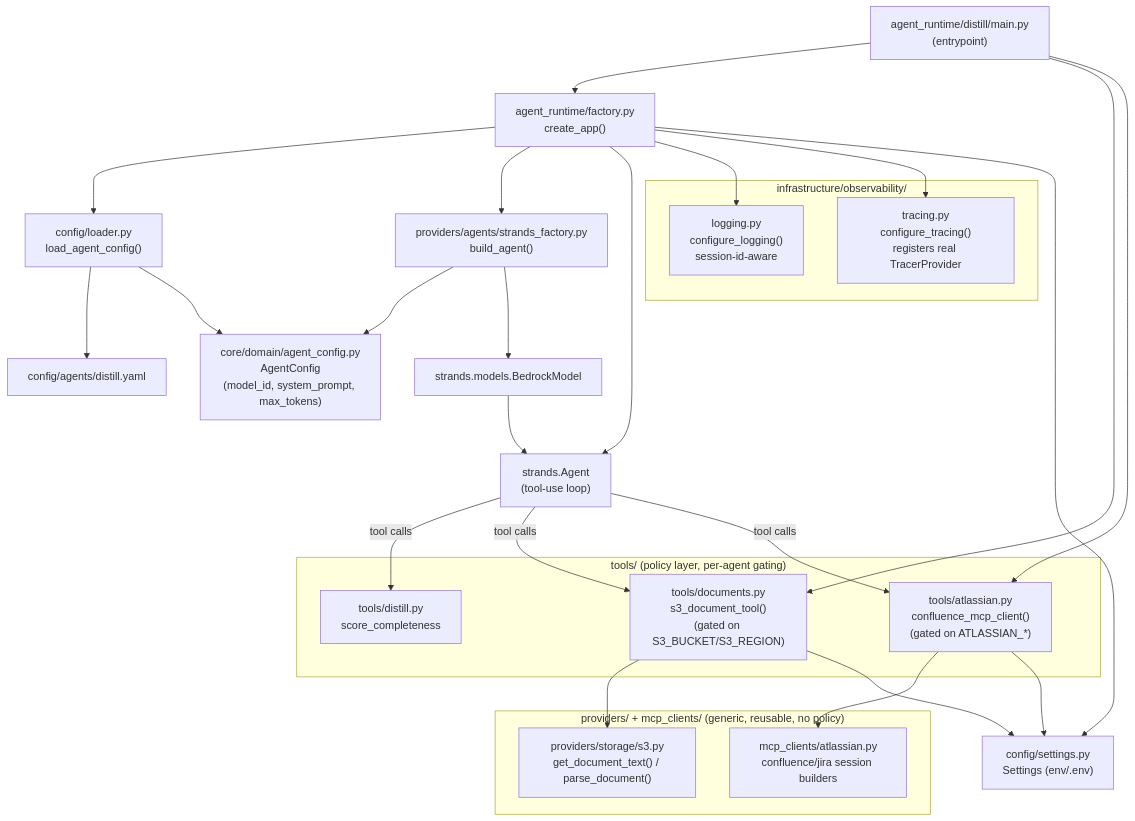
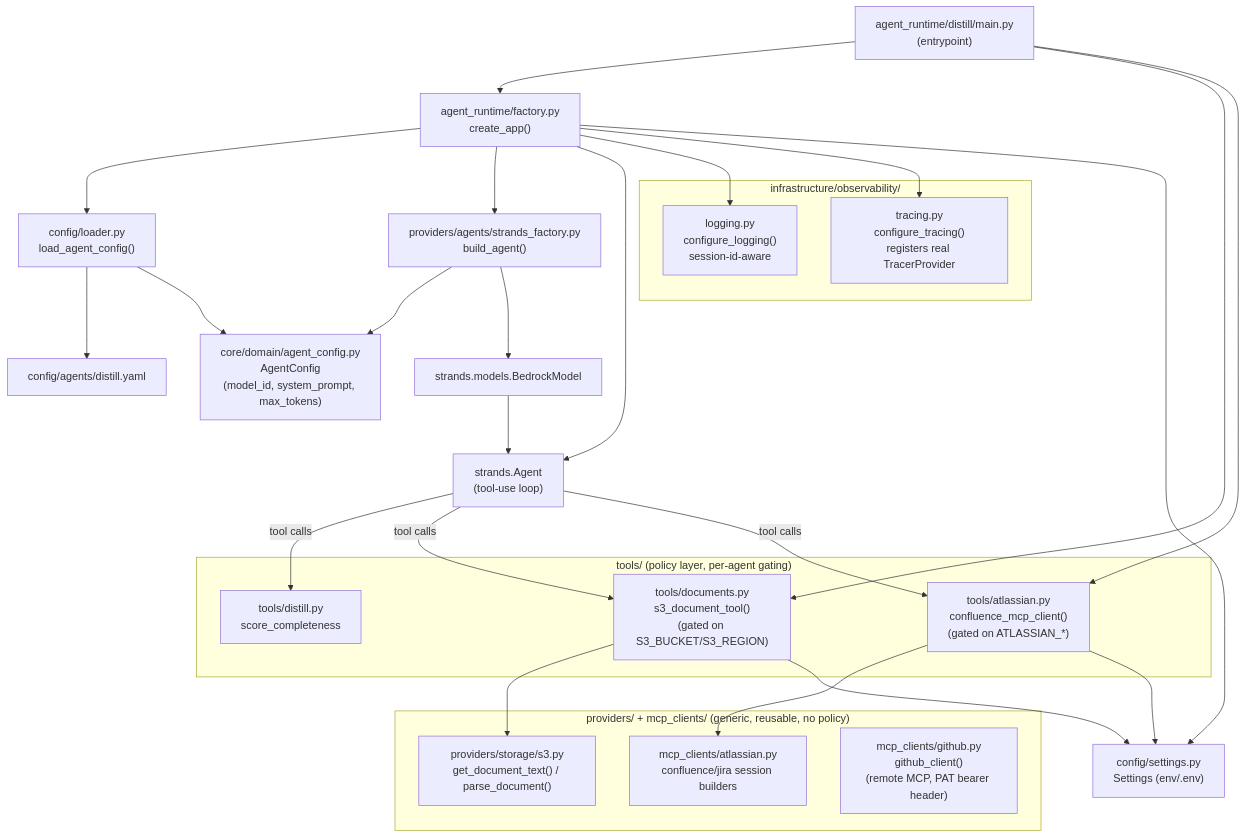
The third of 3 diagrams in docs/architecture.md (eitanflor/ua-hyperdelivery), drawn with Mermaid before and after one commit. The commit also changed other lines of this file and 23 other files, not shown here.

First line of the commit message:
github mcp and copilot handoff  (#10)

````diff
--- a/docs/architecture.md
+++ b/docs/architecture.md
@@ -126,50 +129,51 @@
 ```mermaid
 flowchart TD
     main["agent_runtime/distill/main.py\n(entrypoint)"]
     factory["agent_runtime/factory.py\ncreate_app()"]
     loader["config/loader.py\nload_agent_config()"]
     yaml["config/agents/distill.yaml"]
     agentconfig["core/domain/agent_config.py\nAgentConfig\n(model_id, system_prompt, max_tokens)"]
     strandsfactory["providers/agents/strands_factory.py\nbuild_agent()"]
     bedrockmodel["strands.models.BedrockModel"]
     agent["strands.Agent\n(tool-use loop)"]
     settings["config/settings.py\nSettings (env/.env)"]
 
     subgraph tools["tools/ (policy layer, per-agent gating)"]
         scorecheck["tools/distill.py\nscore_completeness"]
         docs["tools/documents.py\ns3_document_tool()\n(gated on S3_BUCKET/S3_REGION)"]
         atl["tools/atlassian.py\nconfluence_mcp_client()\n(gated on ATLASSIAN_*)"]
     end
 
     subgraph providers["providers/ + mcp_clients/ (generic, reusable, no policy)"]
         s3provider["providers/storage/s3.py\nget_document_text() / parse_document()"]
         mcpclient["mcp_clients/atlassian.py\nconfluence/jira session builders"]
+        githubclient["mcp_clients/github.py\ngithub_client()\n(remote MCP, PAT bearer header)"]
     end
 
     subgraph obs["infrastructure/observability/"]
         logging["logging.py\nconfigure_logging()\nsession-id-aware"]
         tracing["tracing.py\nconfigure_tracing()\nregisters real TracerProvider"]
     end
 
     main --> factory
     factory --> loader --> yaml
     loader --> agentconfig
     factory --> strandsfactory
     strandsfactory --> agentconfig
     strandsfactory --> bedrockmodel --> agent
     factory --> agent
     factory --> logging
     factory --> tracing
 
     main --> docs
     main --> atl
     docs --> s3provider
     atl --> mcpclient
     docs --> settings
     atl --> settings
     factory --> settings
 
     agent -->|"tool calls"| scorecheck
     agent -->|"tool calls"| docs
     agent -->|"tool calls"| atl
 ```
````
